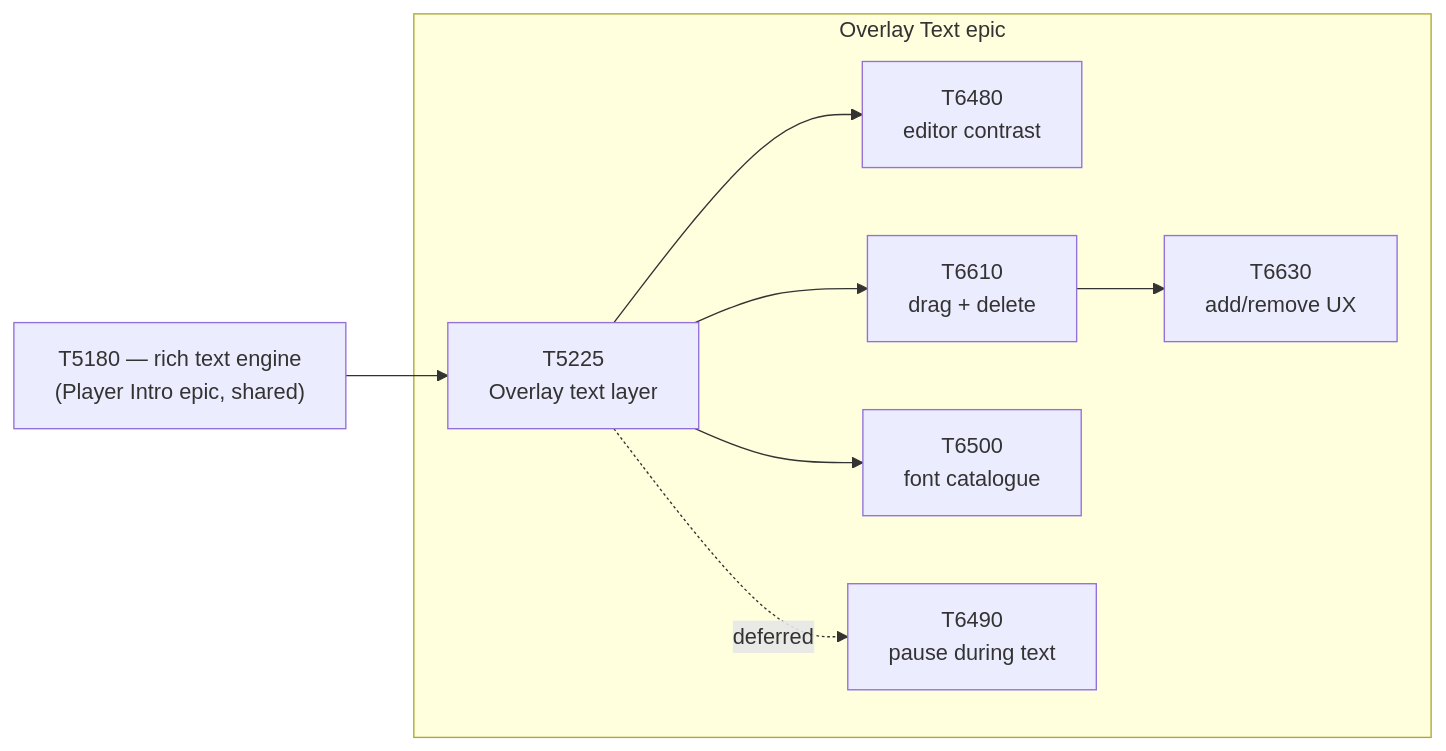
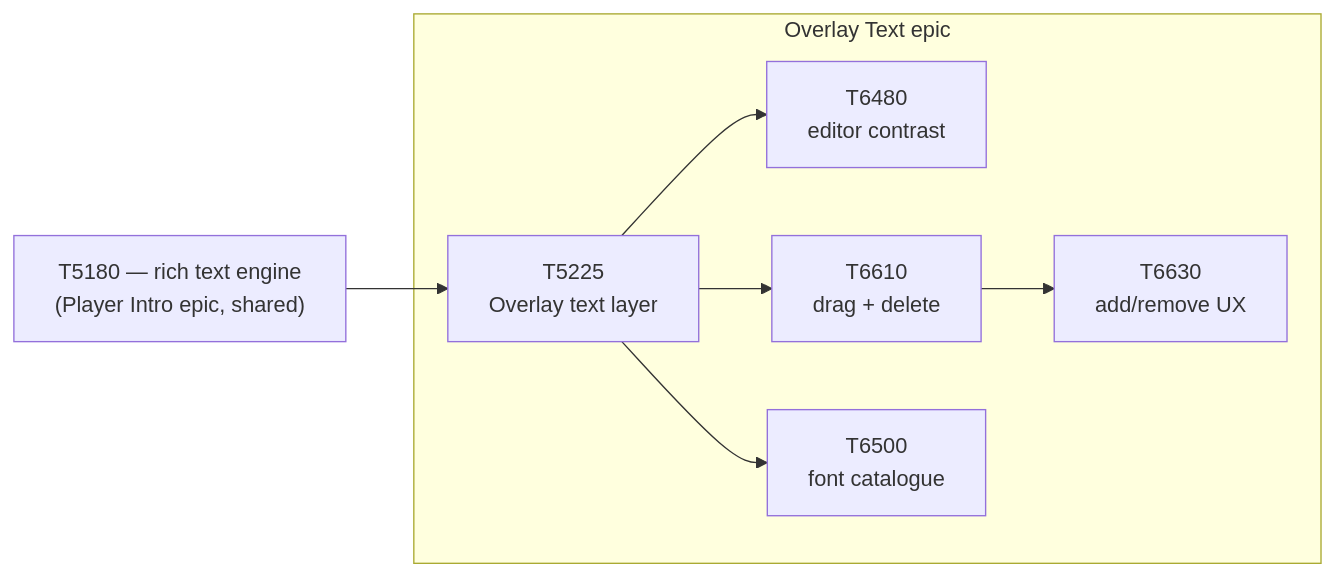
One commit to imankha/video-editor changed the diagram in docs/plans/tasks/overlay-text/EPIC.md. Above: the diagram before and after it, drawn with Mermaid. The commit also changed other lines of this file and 9 other files, not shown here.

````diff
--- a/docs/plans/tasks/overlay-text/EPIC.md
+++ b/docs/plans/tasks/overlay-text/EPIC.md
@@ -27,11 +27,10 @@
 ```mermaid
 flowchart LR
   T5180["T5180 — rich text engine<br/>(Player Intro epic, shared)"] --> T5225
   subgraph "Overlay Text epic"
     T5225["T5225<br/>Overlay text layer"] --> T6480["T6480<br/>editor contrast"]
     T5225 --> T6610["T6610<br/>drag + delete"]
     T6610 --> T6630["T6630<br/>add/remove UX"]
     T5225 --> T6500["T6500<br/>font catalogue"]
-    T5225 -.deferred.-> T6490["T6490<br/>pause during text"]
   end
 ```
````
